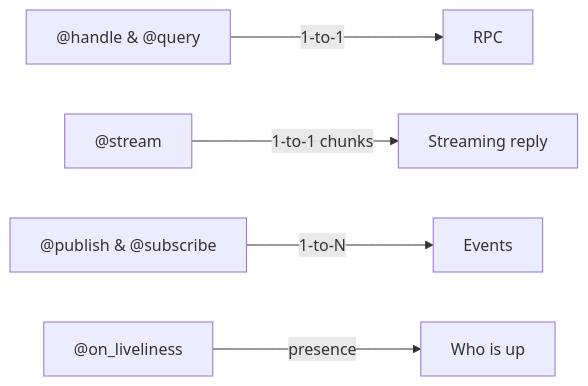
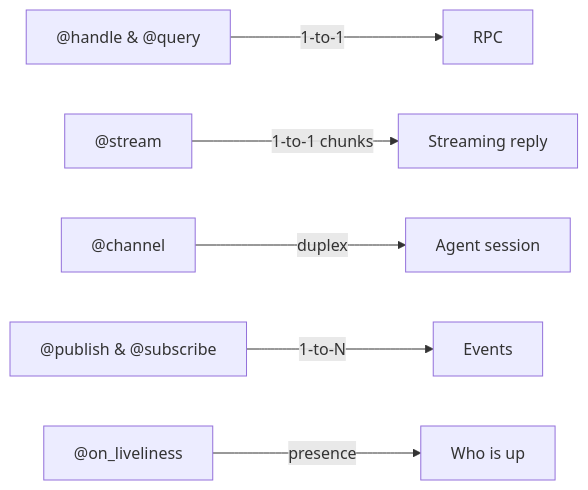
Before and after one commit to 0x416d6972/Istos: the diagram in docs/index.md, drawn with Mermaid. The commit also changed other lines of this file and 118 other files, not shown here.

````diff
--- a/docs/index.md
+++ b/docs/index.md
@@ -32,7 +33,8 @@
 ```mermaid
 graph LR
     A["@handle & @query"] -->|1-to-1| B["RPC"]
     S["@stream"] -->|1-to-1 chunks| T["Streaming reply"]
+    CH["@channel"] -->|duplex| U["Agent session"]
     C["@publish & @subscribe"] -->|1-to-N| D["Events"]
     E["@on_liveliness"] -->|presence| F["Who is up"]
 ```
````
